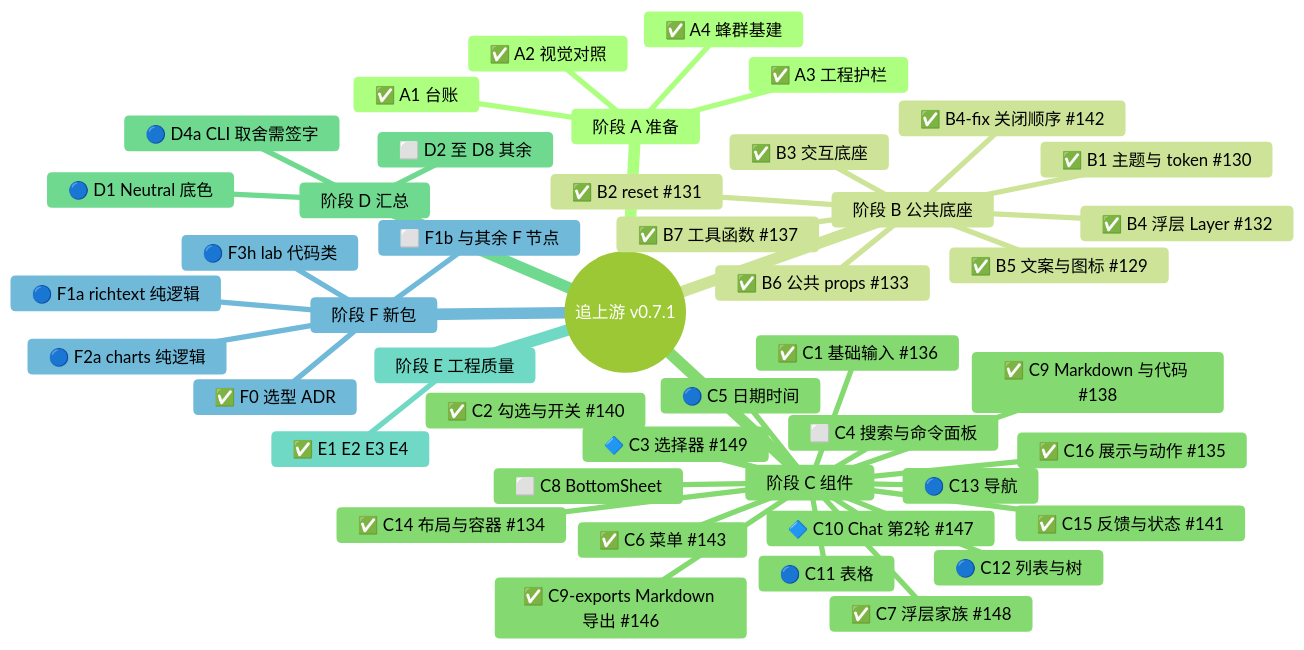
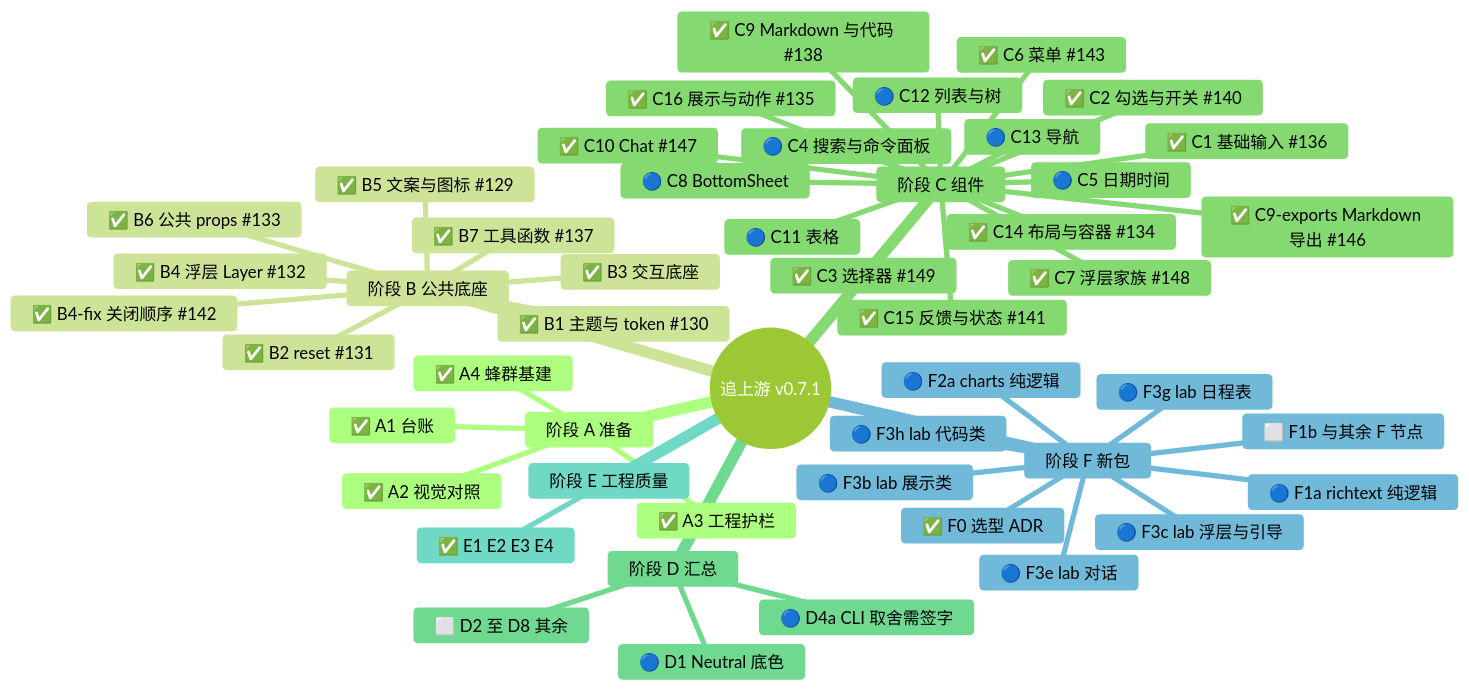
Before and after one commit to astryx-vue/astryx-vue: the diagram in .agents-work/upstream-sync-0.7.1/PR128-BODY.md, drawn with Mermaid (forest theme). The commit also changed other lines of this file and 2 other files, not shown here.

Commit message:
docs(swarm): 标 C3 与 C10 已完成，补上可开工节点 (#152)
C3 #149、C10 #147 改为已完成。C7 解锁的 C8、F3b、F3c、F3g，以及 C3、C10 解锁的 C4、F3e，写入可开工。

````diff
--- a/.agents-work/upstream-sync-0.7.1/PR128-BODY.md
+++ b/.agents-work/upstream-sync-0.7.1/PR128-BODY.md
@@ -19,48 +19,52 @@
 ```mermaid
 mindmap
   root((追上游 v0.7.1))
     阶段 A 准备
       ✅ A1 台账
       ✅ A2 视觉对照
       ✅ A3 工程护栏
       ✅ A4 蜂群基建
     阶段 B 公共底座
       ✅ B1 主题与 token #130
       ✅ B2 reset #131
       ✅ B3 交互底座
       ✅ B4 浮层 Layer #132
       ✅ B4-fix 关闭顺序 #142
       ✅ B5 文案与图标 #129
       ✅ B6 公共 props #133
       ✅ B7 工具函数 #137
     阶段 C 组件
       ✅ C1 基础输入 #136
       ✅ C2 勾选与开关 #140
-      🔷 C3 选择器 #149
-      ⬜ C4 搜索与命令面板
+      ✅ C3 选择器 #149
+      🔵 C4 搜索与命令面板
       🔵 C5 日期时间
       ✅ C6 菜单 #143
       ✅ C7 浮层家族 #148
-      ⬜ C8 BottomSheet
+      🔵 C8 BottomSheet
       ✅ C9 Markdown 与代码 #138
       ✅ C9-exports Markdown 导出 #146
-      🔷 C10 Chat 第2轮 #147
+      ✅ C10 Chat #147
       🔵 C11 表格
       🔵 C12 列表与树
       🔵 C13 导航
       ✅ C14 布局与容器 #134
       ✅ C15 反馈与状态 #141
       ✅ C16 展示与动作 #135
     阶段 D 汇总
       🔵 D1 Neutral 底色
       🔵 D4a CLI 取舍需签字
       ⬜ D2 至 D8 其余
     阶段 E 工程质量
       ✅ E1 E2 E3 E4
     阶段 F 新包
       ✅ F0 选型 ADR
       🔵 F1a richtext 纯逻辑
       🔵 F2a charts 纯逻辑
+      🔵 F3b lab 展示类
+      🔵 F3c lab 浮层与引导
+      🔵 F3e lab 对话
+      🔵 F3g lab 日程表
       🔵 F3h lab 代码类
       ⬜ F1b 与其余 F 节点
 ```
````
